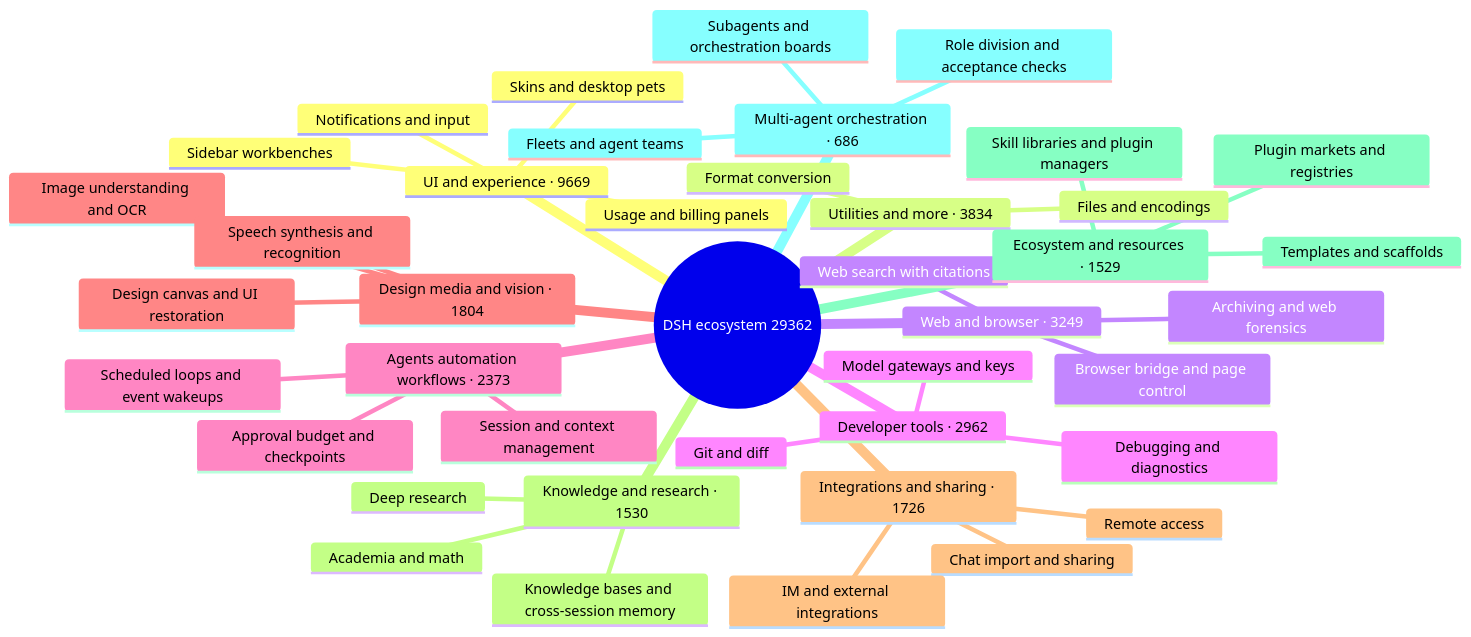
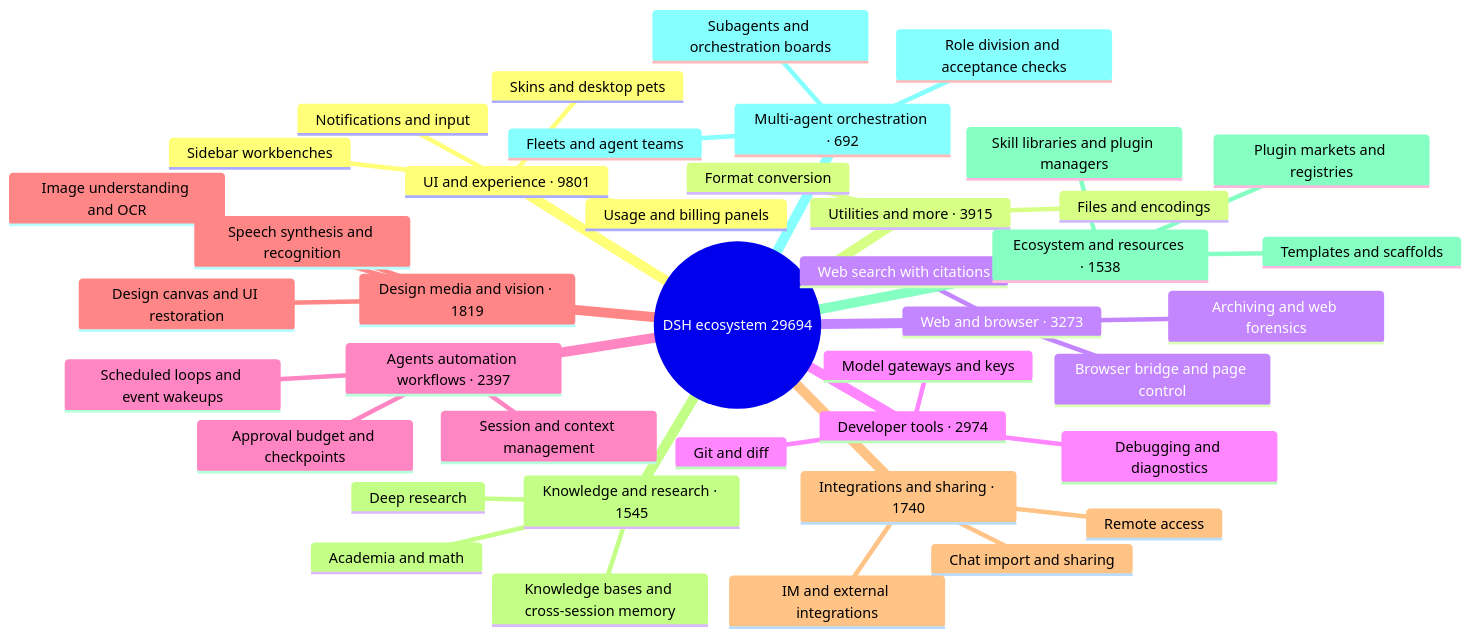
One commit to bruc3van/awesome-dsh-plugin changed the diagram in README_EN.md. Above: the diagram before and after it, drawn with Mermaid. The commit also changed other lines of this file and 30 other files, not shown here.

````diff
--- a/README_EN.md
+++ b/README_EN.md
@@ -40,44 +40,44 @@
 ```mermaid
 mindmap
-  root((DSH ecosystem 29362))
-    UI and experience · 9669
+  root((DSH ecosystem 29694))
+    UI and experience · 9801
       Usage and billing panels
       Sidebar workbenches
       Skins and desktop pets
       Notifications and input
-    Utilities and more · 3834
+    Utilities and more · 3915
       Files and encodings
       Format conversion
-    Web and browser · 3249
+    Web and browser · 3273
       Browser bridge and page control
       Web search with citations
       Archiving and web forensics
-    Developer tools · 2962
+    Developer tools · 2974
       Git and diff
       Model gateways and keys
       Debugging and diagnostics
-    Agents automation workflows · 2373
+    Agents automation workflows · 2397
       Session and context management
       Scheduled loops and event wakeups
       Approval budget and checkpoints
-    Design media and vision · 1804
+    Design media and vision · 1819
       Image understanding and OCR
       Design canvas and UI restoration
       Speech synthesis and recognition
-    Integrations and sharing · 1726
+    Integrations and sharing · 1740
       Chat import and sharing
       Remote access
       IM and external integrations
-    Knowledge and research · 1530
+    Knowledge and research · 1545
       Knowledge bases and cross-session memory
       Deep research
       Academia and math
-    Ecosystem and resources · 1529
+    Ecosystem and resources · 1538
       Plugin markets and registries
       Skill libraries and plugin managers
       Templates and scaffolds
-    Multi-agent orchestration · 686
+    Multi-agent orchestration · 692
       Subagents and orchestration boards
       Fleets and agent teams
       Role division and acceptance checks
 ```
````
